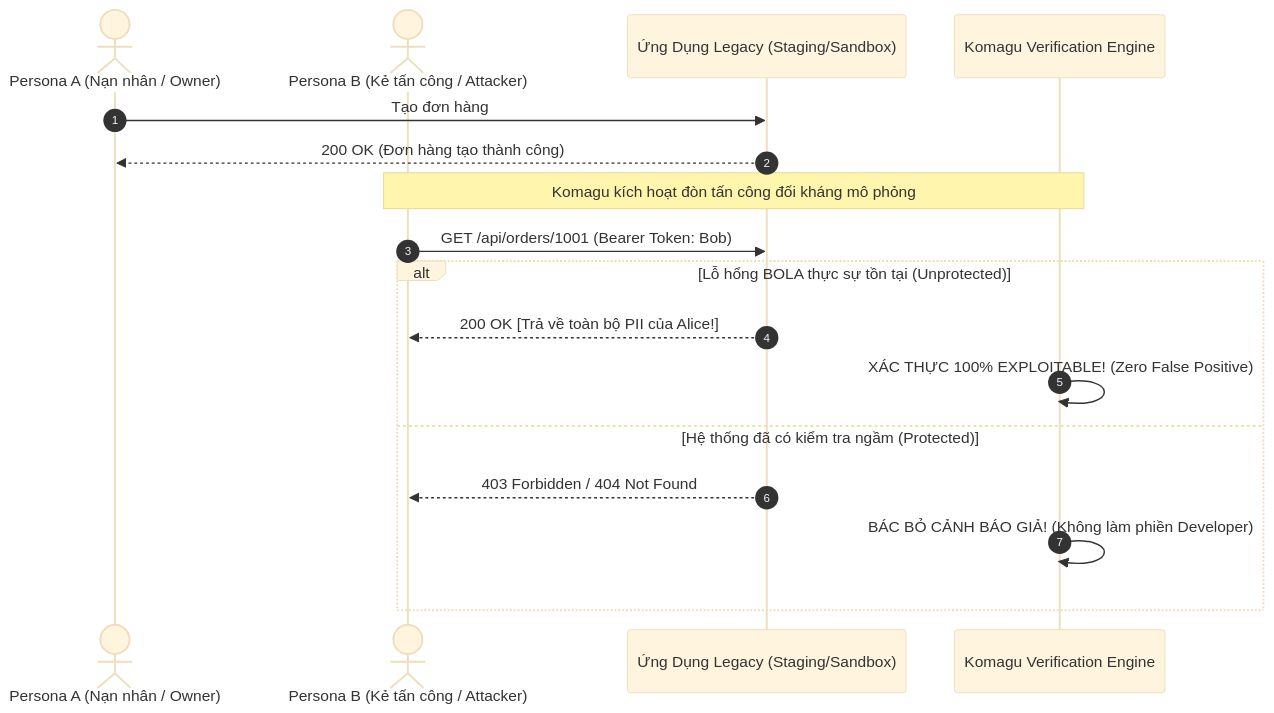
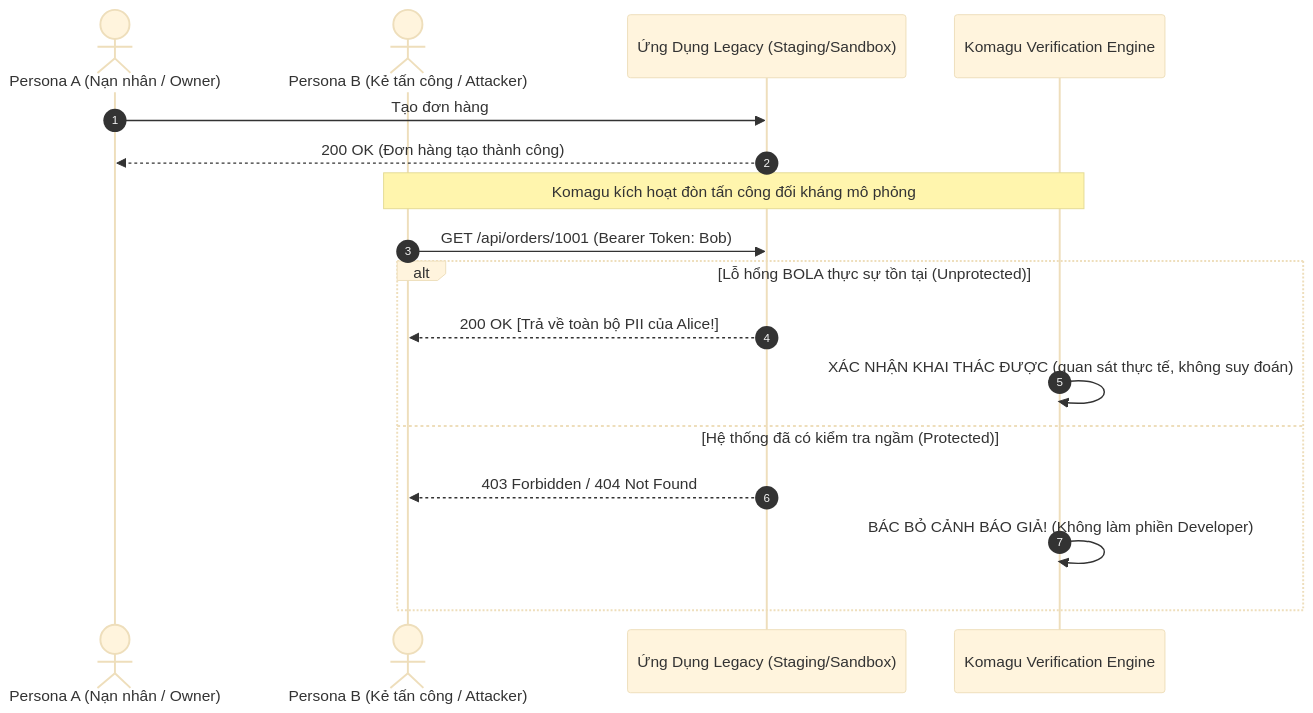
Before and after one commit to hoanghainh1188/komagu: the second of 4 diagrams in docs/articles/offensive-defense-multi-ai-consensus-vi.md, drawn with Mermaid (base theme). The commit also changed other lines of this file and 96 other files, not shown here.

````diff
--- a/docs/articles/offensive-defense-multi-ai-consensus-vi.md
+++ b/docs/articles/offensive-defense-multi-ai-consensus-vi.md
@@ -66,22 +66,22 @@
 ```mermaid
 sequenceDiagram
     autonumber
     actor Alice as Persona A (Nạn nhân / Owner)
     actor Bob as Persona B (Kẻ tấn công / Attacker)
     participant Target as Ứng Dụng Legacy (Staging/Sandbox)
     participant Komagu as Komagu Verification Engine
 
     Alice->>Target: Tạo đơn hàng #1001 (Owner: Alice)
     Target-->>Alice: 200 OK (Đơn hàng tạo thành công)
     
     Note over Komagu,Bob: Komagu kích hoạt đòn tấn công đối kháng mô phỏng
     Bob->>Target: GET /api/orders/1001 (Bearer Token: Bob)
     
     alt Lỗ hổng BOLA thực sự tồn tại (Unprotected)
         Target-->>Bob: 200 OK [Trả về toàn bộ PII của Alice!]
-        Komagu->>Komagu: XÁC THỰC 100% EXPLOITABLE! (Zero False Positive)
+        Komagu->>Komagu: XÁC NHẬN KHAI THÁC ĐƯỢC (quan sát thực tế, không suy đoán)
     else Hệ thống đã có kiểm tra ngầm (Protected)
         Target-->>Bob: 403 Forbidden / 404 Not Found
         Komagu->>Komagu: BÁC BỎ CẢNH BÁO GIẢ! (Không làm phiền Developer)
     end
 ```
````
